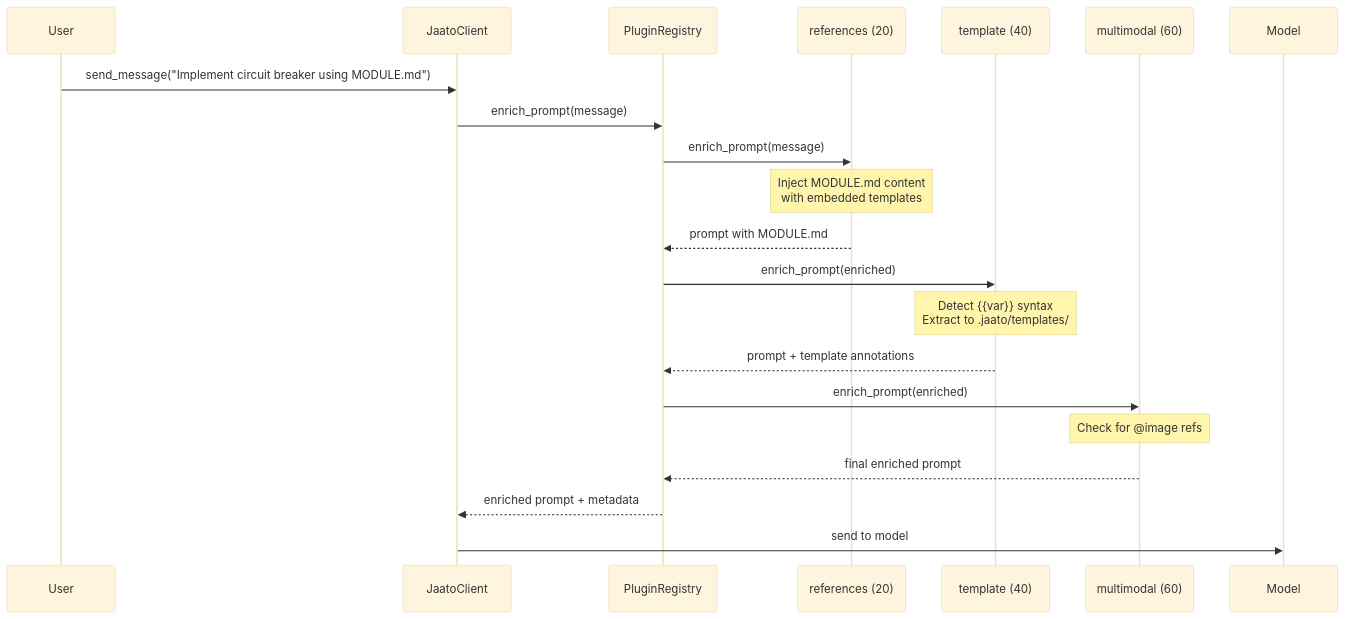
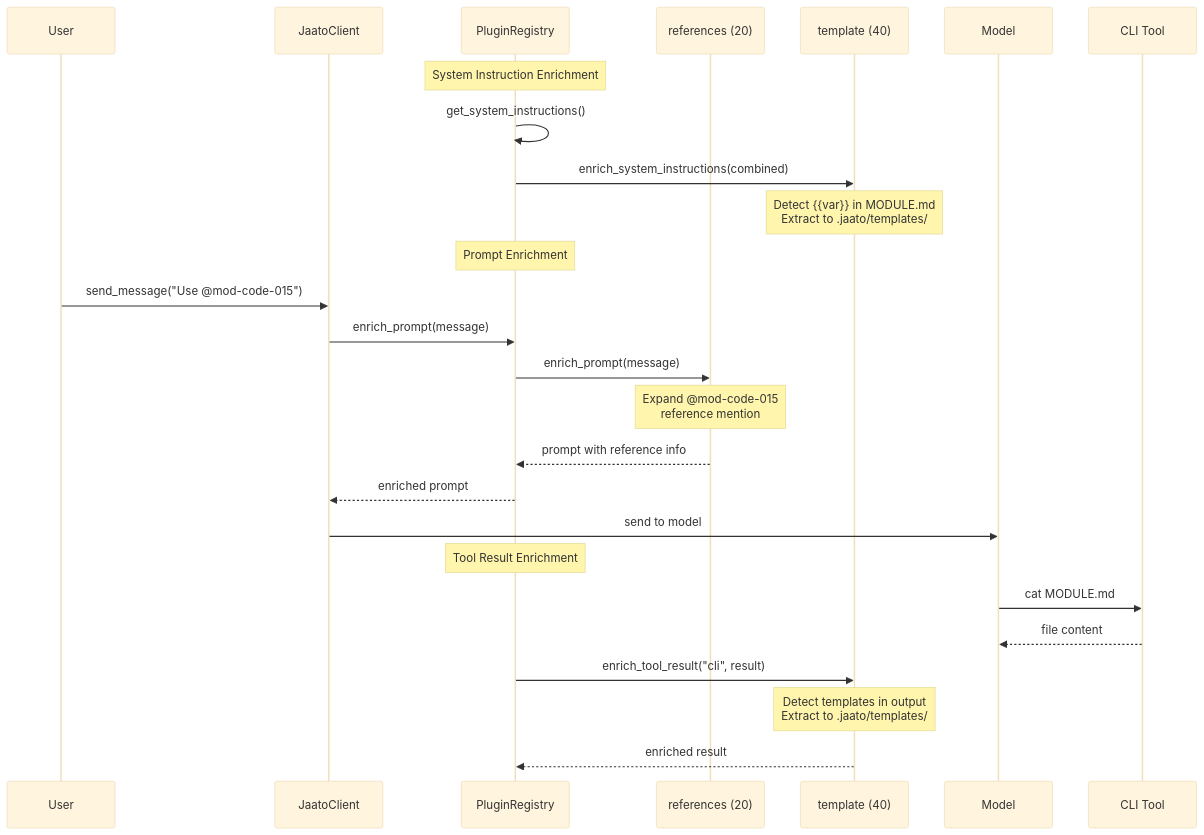
The fourth of 6 diagrams in docs/architecture.md (Jaato-framework-and-examples/jaato), drawn with Mermaid (base theme) before and after one commit. The commit also changed other lines of this file and 1 other file, not shown here.

First line of the commit message:
docs: Update documentation for three enrichment pipelines

````diff
--- a/docs/architecture.md
+++ b/docs/architecture.md
@@ -652,24 +702,31 @@
 ```mermaid
 sequenceDiagram
     participant User
     participant JC as JaatoClient
     participant PR as PluginRegistry
     participant Ref as references (20)
     participant Tmpl as template (40)
-    participant Multi as multimodal (60)
     participant Model
+    participant Tool as CLI Tool
 
-    User->>JC: send_message("Implement circuit breaker using MODULE.md")
+    Note over PR: System Instruction Enrichment
+    PR->>PR: get_system_instructions()
+    PR->>Tmpl: enrich_system_instructions(combined)
+    Note over Tmpl: Detect {{var}} in MODULE.md<br/>Extract to .jaato/templates/
+
+    Note over PR: Prompt Enrichment
+    User->>JC: send_message("Use @mod-code-015")
     JC->>PR: enrich_prompt(message)
     PR->>Ref: enrich_prompt(message)
-    Note over Ref: Inject MODULE.md content<br/>with embedded templates
-    Ref-->>PR: prompt with MODULE.md
-    PR->>Tmpl: enrich_prompt(enriched)
-    Note over Tmpl: Detect {{var}} syntax<br/>Extract to .jaato/templates/
-    Tmpl-->>PR: prompt + template annotations
-    PR->>Multi: enrich_prompt(enriched)
-    Note over Multi: Check for @image refs
-    Multi-->>PR: final enriched prompt
-    PR-->>JC: enriched prompt + metadata
+    Note over Ref: Expand @mod-code-015<br/>reference mention
+    Ref-->>PR: prompt with reference info
+    PR-->>JC: enriched prompt
     JC->>Model: send to model
+
+    Note over PR: Tool Result Enrichment
+    Model->>Tool: cat MODULE.md
+    Tool-->>Model: file content
+    PR->>Tmpl: enrich_tool_result("cli", result)
+    Note over Tmpl: Detect templates in output<br/>Extract to .jaato/templates/
+    Tmpl-->>PR: enriched result
 ```
````
